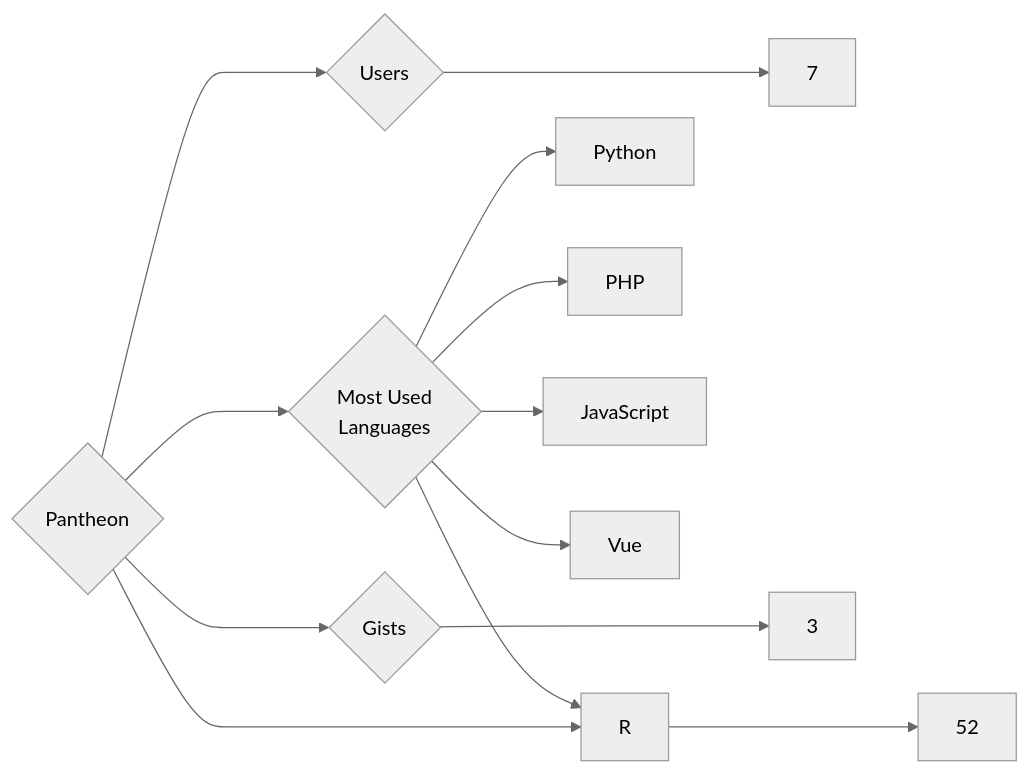
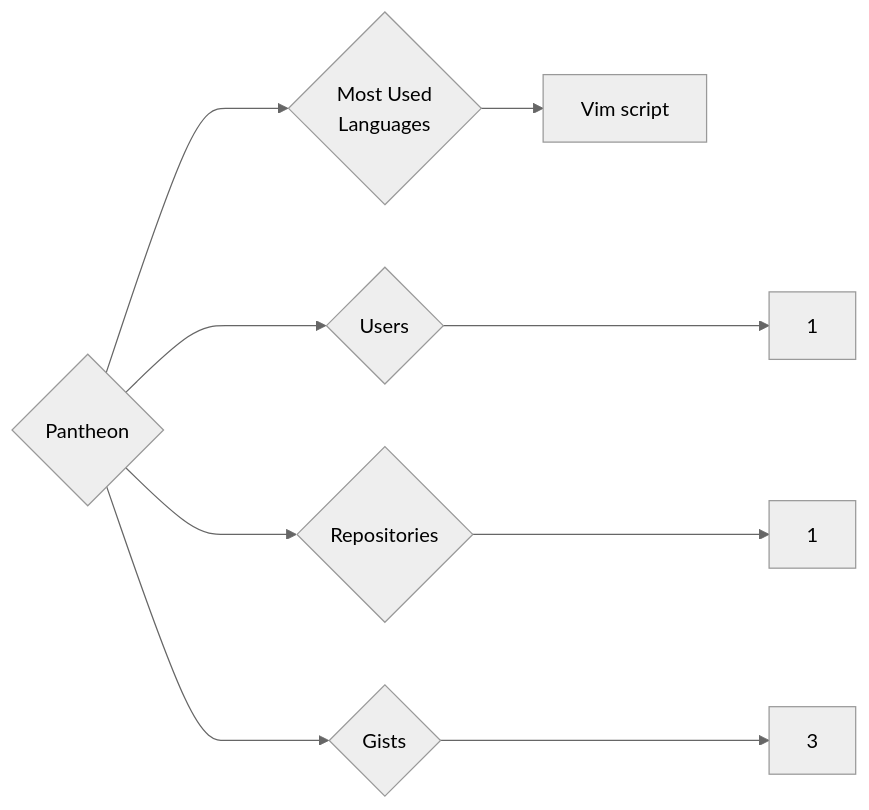
One commit to trickest/insiders changed the diagram in targets/Pantheon/README.md. Above: the diagram before and after it, drawn with Mermaid (neutral theme). The commit also changed 953 other files, not shown here.

````diff
--- a/targets/Pantheon/README.md
+++ b/targets/Pantheon/README.md
@@ -3,13 +3,9 @@
 ```mermaid
 graph LR
 COMPANY_NAME{Pantheon}
-COMPANY_NAME ---> U{Users} ---> UN[7]
-COMPANY_NAME ---> R{Repositories} ---> RN[52]
+COMPANY_NAME ---> U{Users} ---> UN[1]
+COMPANY_NAME ---> R{Repositories} ---> RN[1]
 COMPANY_NAME ---> G{Gists} ---> GN[3]
 COMPANY_NAME ---> ML{Most Used<br>Languages}
-ML --> Python[Python]
-ML --> PHP[PHP]
-ML --> R[R]
-ML --> JavaScript[JavaScript]
-ML --> Vue[Vue]
+ML --> Vim_script[Vim script]
 ```
````
